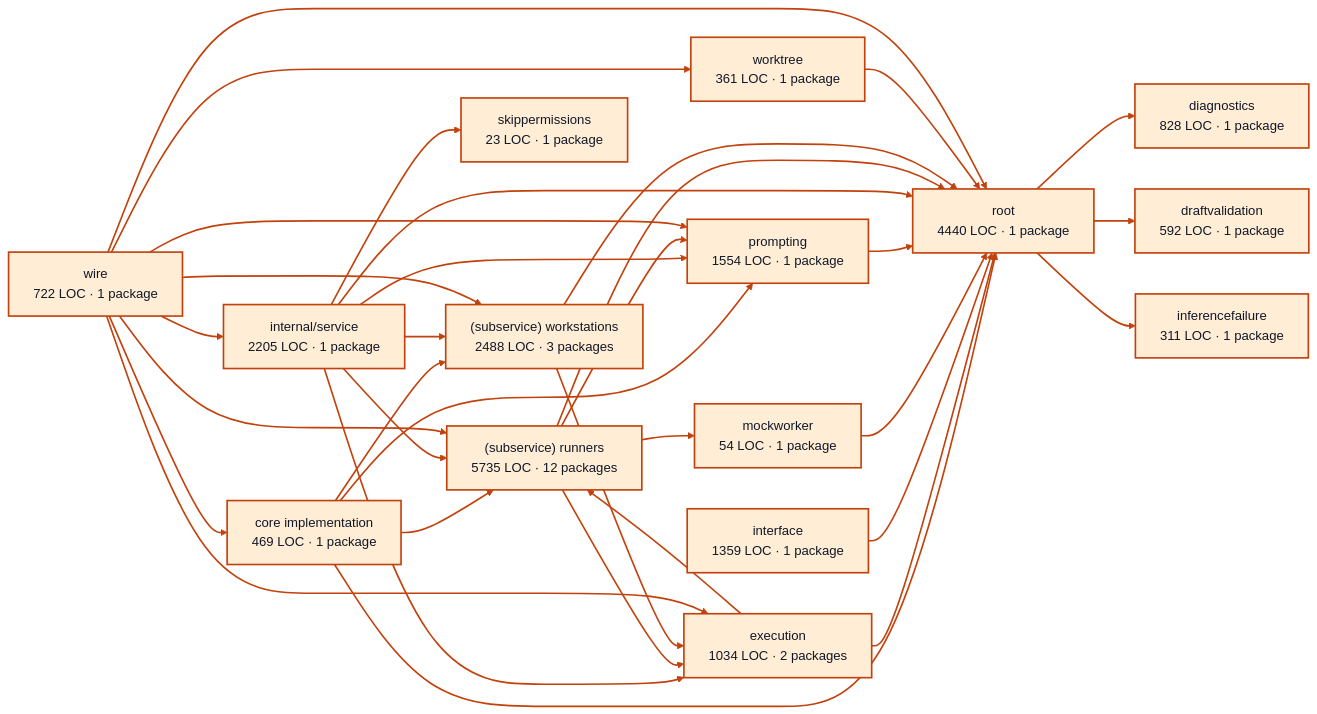
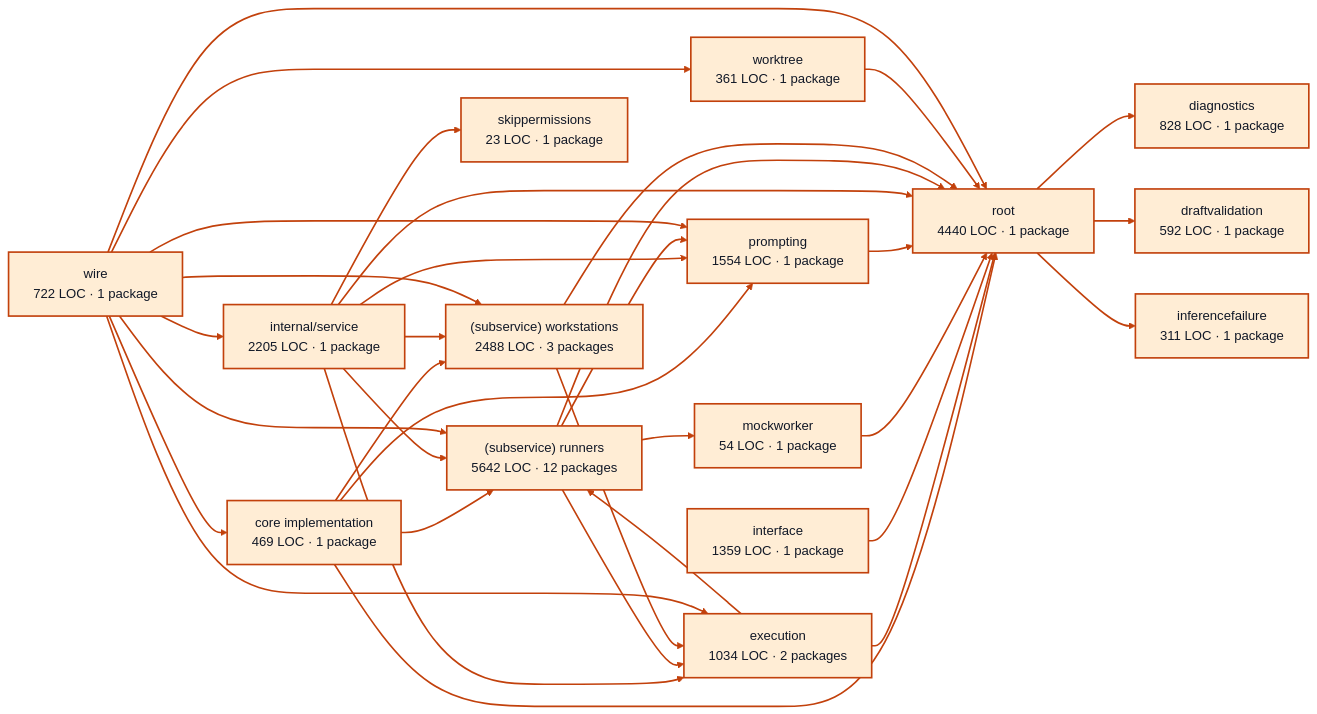
The diagram in docs/architecture/visualizations/services/workers.md (portpowered/you-agent-factory), drawn with Mermaid before and after one commit. The commit also changed other lines of this file and 20 other files, not shown here.

Commit message:
docs: refresh backend architecture visualizations

````diff
--- a/docs/architecture/visualizations/services/workers.md
+++ b/docs/architecture/visualizations/services/workers.md
@@ -11,67 +11,67 @@
 ```mermaid
 flowchart LR
   p0["core implementation<br/>469 LOC · 1 package"]
   p1["diagnostics<br/>828 LOC · 1 package"]
   p2["draftvalidation<br/>592 LOC · 1 package"]
   p3["execution<br/>1034 LOC · 2 packages"]
   p4["inferencefailure<br/>311 LOC · 1 package"]
   p5["interface<br/>1359 LOC · 1 package"]
   p6["mockworker<br/>54 LOC · 1 package"]
   p7["prompting<br/>1554 LOC · 1 package"]
   p8["internal/service<br/>2205 LOC · 1 package"]
-  p9["(subservice) runners<br/>5735 LOC · 12 packages"]
+  p9["(subservice) runners<br/>5642 LOC · 12 packages"]
   p10["(subservice) workstations<br/>2488 LOC · 3 packages"]
   p11["skippermissions<br/>23 LOC · 1 package"]
   p12["worktree<br/>361 LOC · 1 package"]
   p13["root<br/>4440 LOC · 1 package"]
   p14["wire<br/>722 LOC · 1 package"]
   p0 --> p7
   p0 --> p9
   p0 --> p10
   p0 --> p13
   p3 --> p9
   p3 --> p13
   p5 --> p13
   p6 --> p13
   p7 --> p13
   p8 --> p3
   p8 --> p7
   p8 --> p9
   p8 --> p10
   p8 --> p11
   p8 --> p13
   p9 --> p3
   p9 --> p6
   p9 --> p7
   p9 --> p13
   p10 --> p3
   p10 --> p13
   p12 --> p13
   p13 --> p1
   p13 --> p2
   p13 --> p4
   p14 --> p0
   p14 --> p3
   p14 --> p7
   p14 --> p8
   p14 --> p9
   p14 --> p10
   p14 --> p12
   p14 --> p13
   style p0 fill:#ffedd5,stroke:#c2410c,stroke-width:2px,color:#111827
   style p1 fill:#ffedd5,stroke:#c2410c,stroke-width:2px,color:#111827
   style p2 fill:#ffedd5,stroke:#c2410c,stroke-width:2px,color:#111827
   style p3 fill:#ffedd5,stroke:#c2410c,stroke-width:2px,color:#111827
   style p4 fill:#ffedd5,stroke:#c2410c,stroke-width:2px,color:#111827
   style p5 fill:#ffedd5,stroke:#c2410c,stroke-width:2px,color:#111827
   style p6 fill:#ffedd5,stroke:#c2410c,stroke-width:2px,color:#111827
   style p7 fill:#ffedd5,stroke:#c2410c,stroke-width:2px,color:#111827
   style p8 fill:#ffedd5,stroke:#c2410c,stroke-width:2px,color:#111827
   style p9 fill:#ffedd5,stroke:#c2410c,stroke-width:2px,color:#111827
   style p10 fill:#ffedd5,stroke:#c2410c,stroke-width:2px,color:#111827
   style p11 fill:#ffedd5,stroke:#c2410c,stroke-width:2px,color:#111827
   style p12 fill:#ffedd5,stroke:#c2410c,stroke-width:2px,color:#111827
   style p13 fill:#ffedd5,stroke:#c2410c,stroke-width:2px,color:#111827
   style p14 fill:#ffedd5,stroke:#c2410c,stroke-width:2px,color:#111827
   linkStyle default stroke:#c2410c,stroke-width:2px
 ```
````
